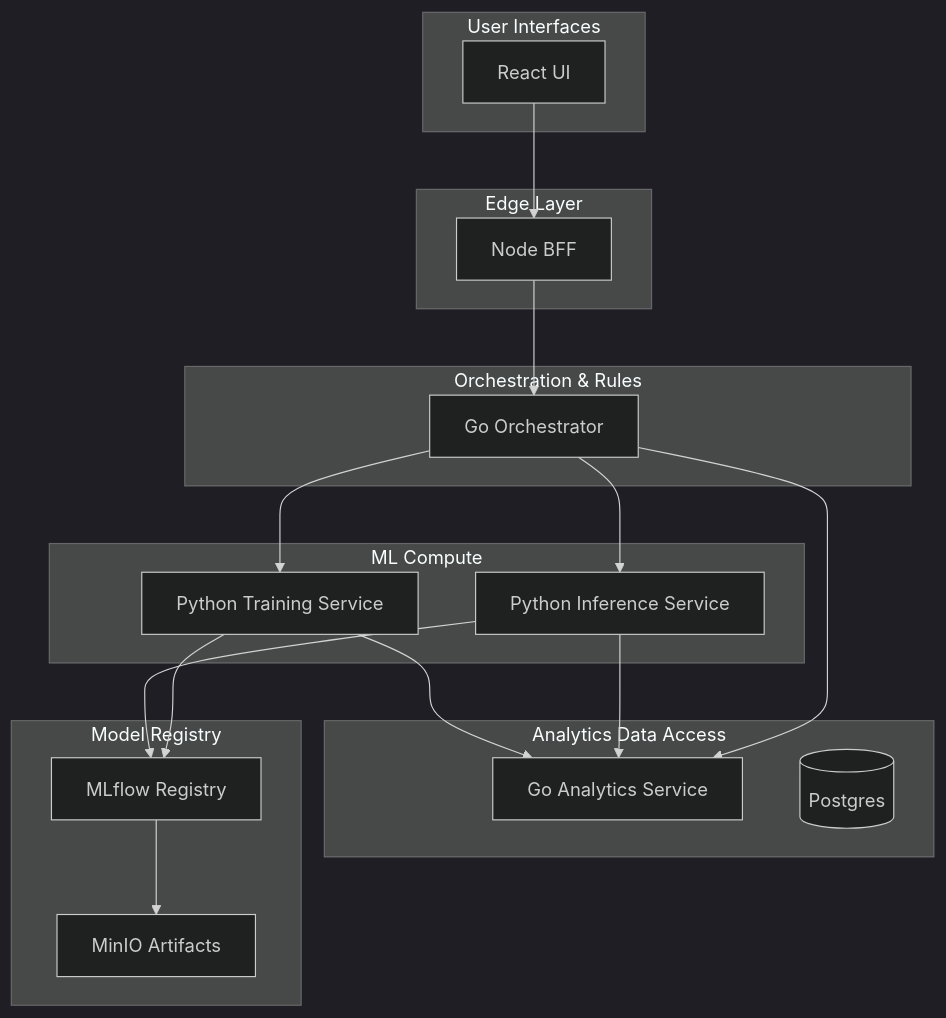
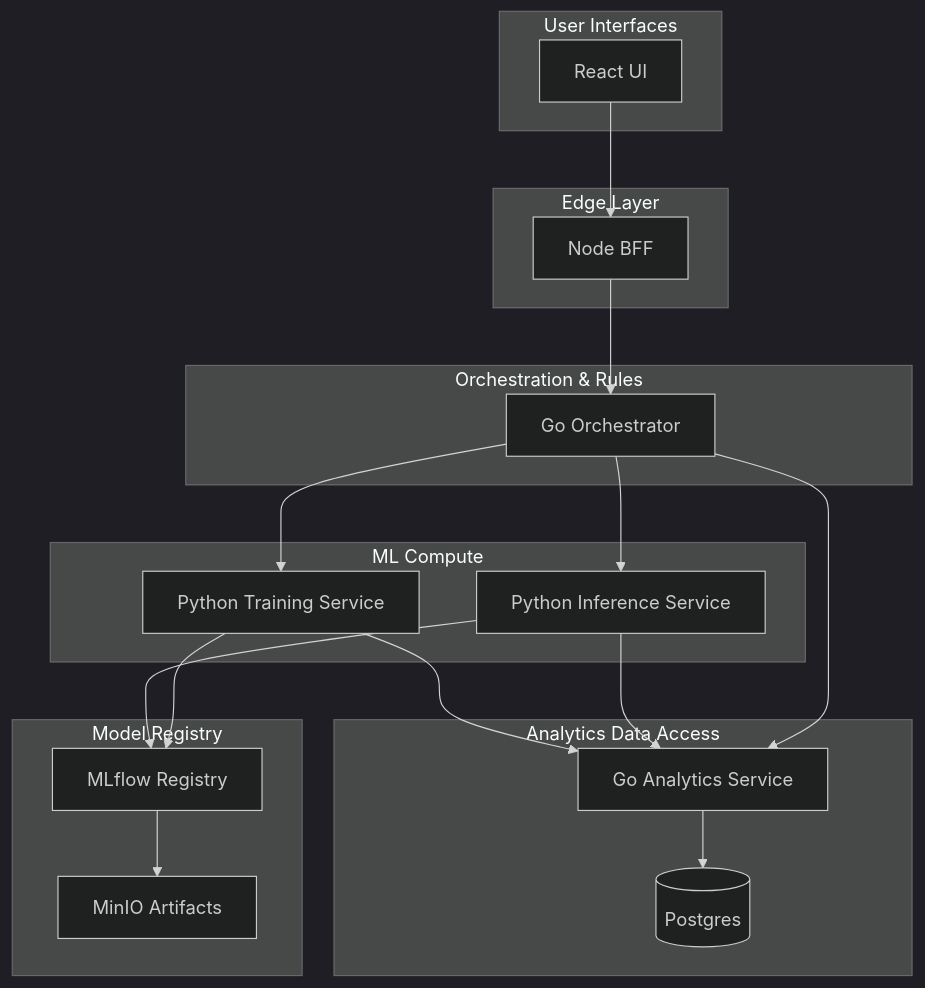
Before and after one commit to jonkmatsumo/label-lag: the first of 3 diagrams in README.md, drawn with Mermaid (dark theme). The commit also changed 8 other files, not shown here.

````diff
--- a/README.md
+++ b/README.md
@@ -13,38 +13,39 @@
 ```mermaid
 flowchart TB
     subgraph UI[User Interfaces]
         UI_REACT[React UI]
     end
 
     subgraph Edge[Edge Layer]
         BFF[Node BFF]
     end
 
     subgraph Orchestration[Orchestration & Rules]
         ORCH[Go Orchestrator]
     end
 
     subgraph Compute[ML Compute]
         PY_INF[Python Inference Service]
         PY_TRAIN[Python Training Service]
     end
 
     subgraph Analytics[Analytics Data Access]
         GO_CRUD[Go Analytics Service]
         DB[(Postgres)]
     end
 
     subgraph Registry[Model Registry]
         MLFLOW[MLflow Registry]
         MINIO[MinIO Artifacts]
     end
 
     UI_REACT --> BFF --> ORCH
     ORCH --> PY_INF
     ORCH --> PY_TRAIN
     ORCH --> GO_CRUD
     PY_INF --> GO_CRUD
     PY_TRAIN --> GO_CRUD
     PY_TRAIN --> MLFLOW --> MINIO
     PY_INF --> MLFLOW
+    GO_CRUD --> DB
 ```
````
